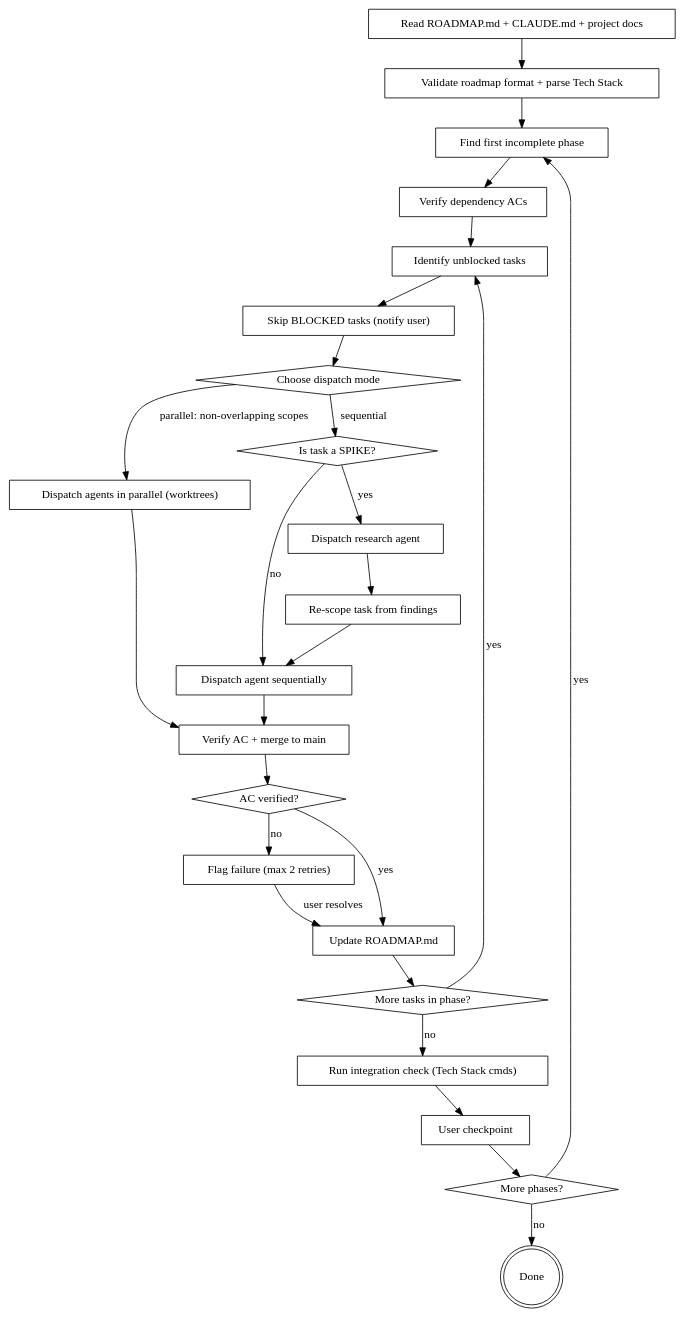
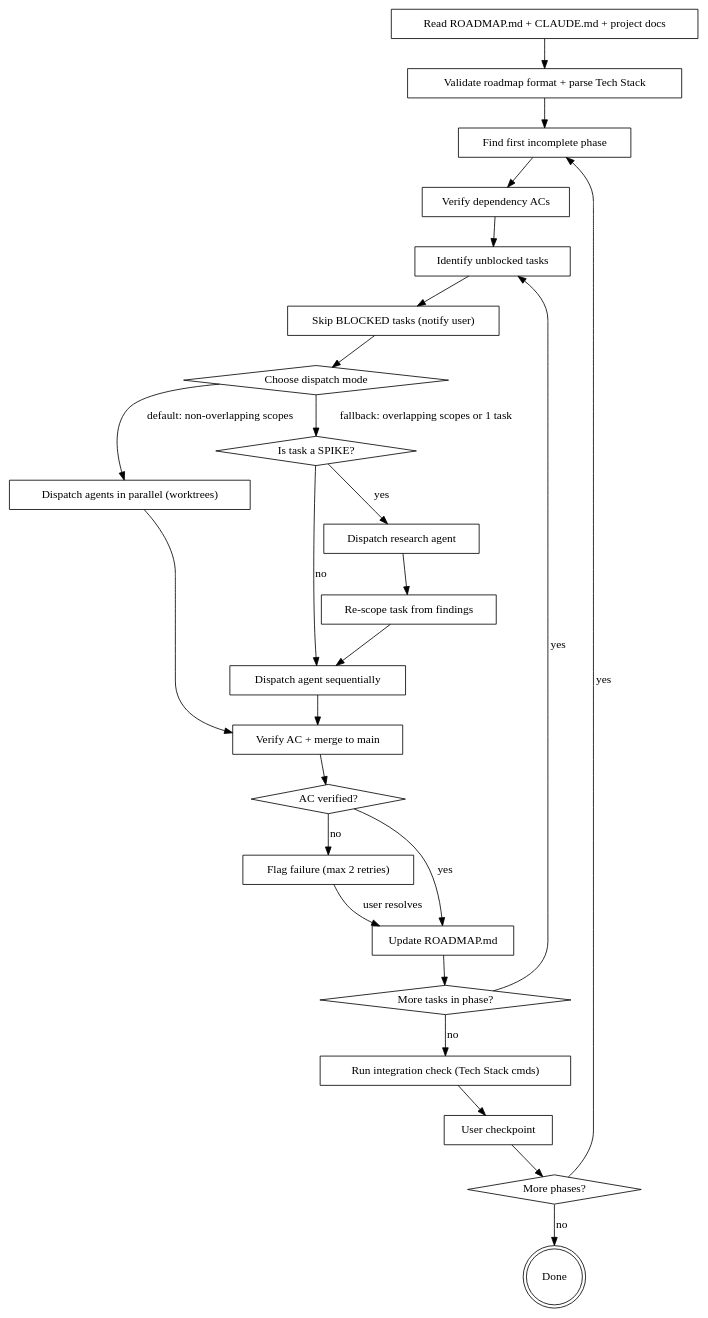
The diagram in skills/execute-roadmap/SKILL.md (JonFermin/vibecoding), drawn with Graphviz before and after one commit. The commit also changed other lines of this file and 1 other file, not shown here.

First line of the commit message:
Default to parallel dispatch when tasks have non-overlapping scopes

````diff
--- a/skills/execute-roadmap/SKILL.md
+++ b/skills/execute-roadmap/SKILL.md
@@ -20,51 +20,51 @@
 ```dot
 digraph execute_roadmap {
     "Read ROADMAP.md + CLAUDE.md + project docs" [shape=box];
     "Validate roadmap format + parse Tech Stack" [shape=box];
     "Find first incomplete phase" [shape=box];
     "Identify unblocked tasks" [shape=box];
     "Choose dispatch mode" [shape=diamond];
     "Dispatch agents in parallel (worktrees)" [shape=box];
     "Dispatch agent sequentially" [shape=box];
     "Is task a SPIKE?" [shape=diamond];
     "Dispatch research agent" [shape=box];
     "Re-scope task from findings" [shape=box];
     "Verify AC + merge to main" [shape=box];
     "AC verified?" [shape=diamond];
     "Flag failure (max 2 retries)" [shape=box];
     "Update ROADMAP.md" [shape=box];
     "More tasks in phase?" [shape=diamond];
     "Verify dependency ACs" [shape=box];
     "Run integration check (Tech Stack cmds)" [shape=box];
     "User checkpoint" [shape=box];
     "More phases?" [shape=diamond];
     "Done" [shape=doublecircle];
 
     "Read ROADMAP.md + CLAUDE.md + project docs" -> "Validate roadmap format + parse Tech Stack";
     "Validate roadmap format + parse Tech Stack" -> "Find first incomplete phase";
     "Find first incomplete phase" -> "Verify dependency ACs";
     "Verify dependency ACs" -> "Identify unblocked tasks";
     "Skip BLOCKED tasks (notify user)" [shape=box];
     "Identify unblocked tasks" -> "Skip BLOCKED tasks (notify user)";
     "Skip BLOCKED tasks (notify user)" -> "Choose dispatch mode";
-    "Choose dispatch mode" -> "Dispatch agents in parallel (worktrees)" [label="parallel: non-overlapping scopes"];
-    "Choose dispatch mode" -> "Is task a SPIKE?" [label="sequential"];
+    "Choose dispatch mode" -> "Dispatch agents in parallel (worktrees)" [label="default: non-overlapping scopes"];
+    "Choose dispatch mode" -> "Is task a SPIKE?" [label="fallback: overlapping scopes or 1 task"];
     "Dispatch agents in parallel (worktrees)" -> "Verify AC + merge to main";
     "Is task a SPIKE?" -> "Dispatch research agent" [label="yes"];
     "Dispatch research agent" -> "Re-scope task from findings";
     "Re-scope task from findings" -> "Dispatch agent sequentially";
     "Is task a SPIKE?" -> "Dispatch agent sequentially" [label="no"];
     "Dispatch agent sequentially" -> "Verify AC + merge to main";
     "Verify AC + merge to main" -> "AC verified?";
     "AC verified?" -> "Update ROADMAP.md" [label="yes"];
     "AC verified?" -> "Flag failure (max 2 retries)" [label="no"];
     "Flag failure (max 2 retries)" -> "Update ROADMAP.md" [label="user resolves"];
     "Update ROADMAP.md" -> "More tasks in phase?";
     "More tasks in phase?" -> "Identify unblocked tasks" [label="yes"];
     "More tasks in phase?" -> "Run integration check (Tech Stack cmds)" [label="no"];
     "Run integration check (Tech Stack cmds)" -> "User checkpoint";
     "User checkpoint" -> "More phases?";
     "More phases?" -> "Find first incomplete phase" [label="yes"];
     "More phases?" -> "Done" [label="no"];
 }
 ```
````
